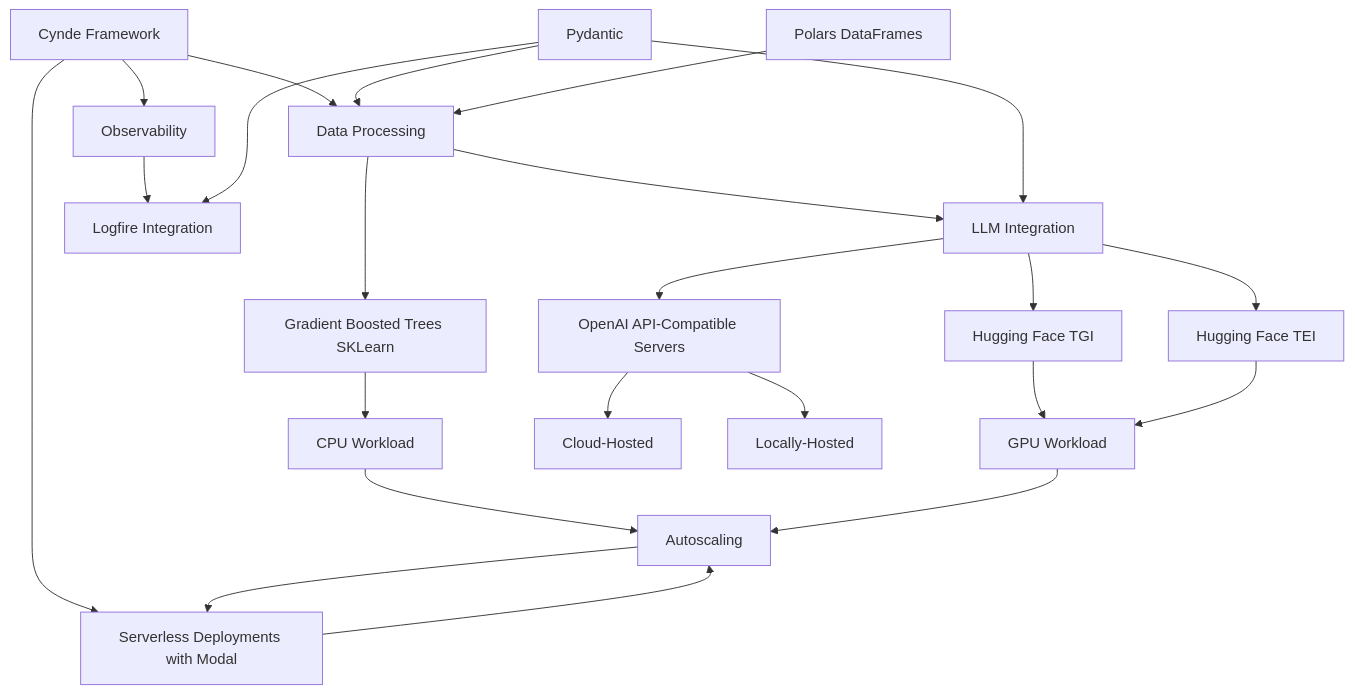
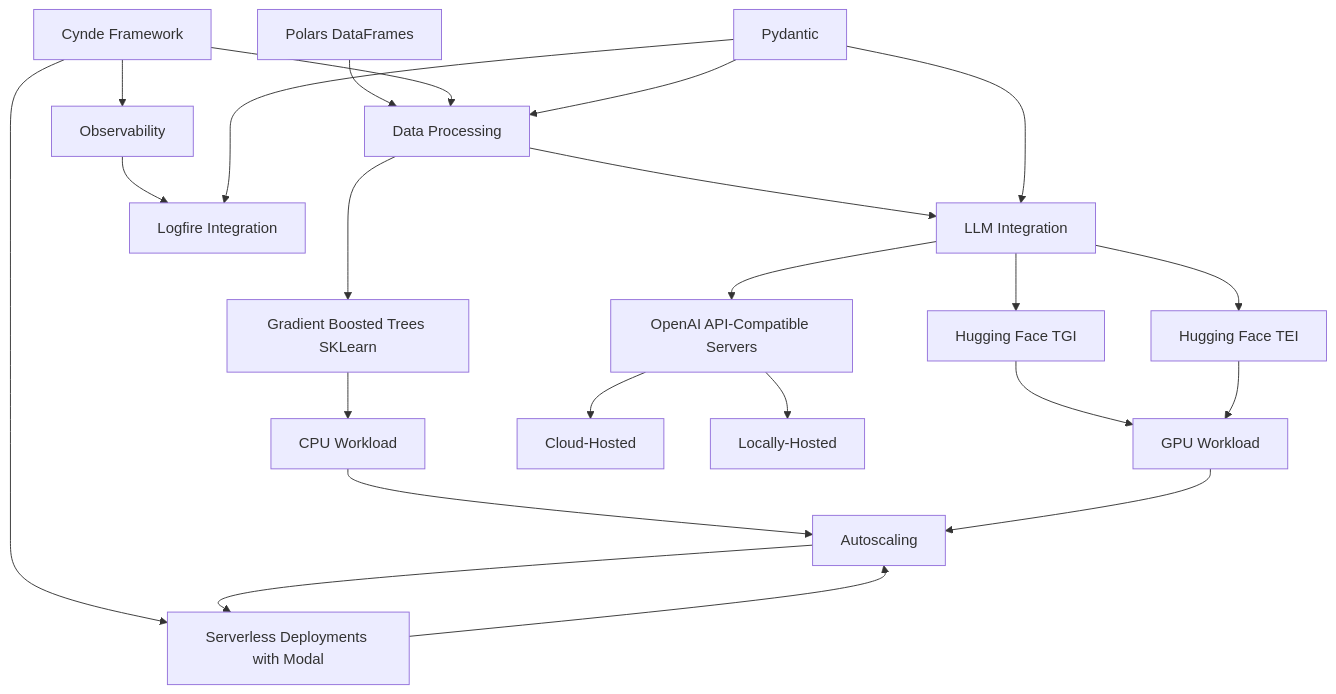
One commit to Neural-Dragon-AI/Cynde changed the diagram in drawings.md. Above: the diagram before and after it, drawn with Mermaid.

````diff
--- a/drawings.md
+++ b/drawings.md
@@ -3,29 +3,30 @@
 ```mermaid
 graph TD
-    A[Cynde Framework] --> B[Data Processing]
+   C[Polars DataFrames] --> B[Data Processing]
+    A[Cynde Framework] --> B
     PD[Pydantic] --> B
-    C[Polars DataFrames] --> B
+    
     B --> E[Gradient Boosted Trees SKLearn]
     A --> P[Serverless Deployments with Modal]
     F[Autoscaling] --> P
     P --> F
     G[CPU Workload] --> F
     E --> G
     M[GPU Workload] --> F
 
     B --> H[LLM Integration]
     H --> I[OpenAI API-Compatible Servers]
     I --> J[Cloud-Hosted]
     I --> K[Locally-Hosted]
     H --> N[Hugging Face TGI]
   
     H --> O[Hugging Face TEI]
     N --> M
     O --> M
 
 
     A --> Y[Observability]
     Y --> Z[Logfire Integration]
     PD --> Z
     PD --> H
 ```
````
